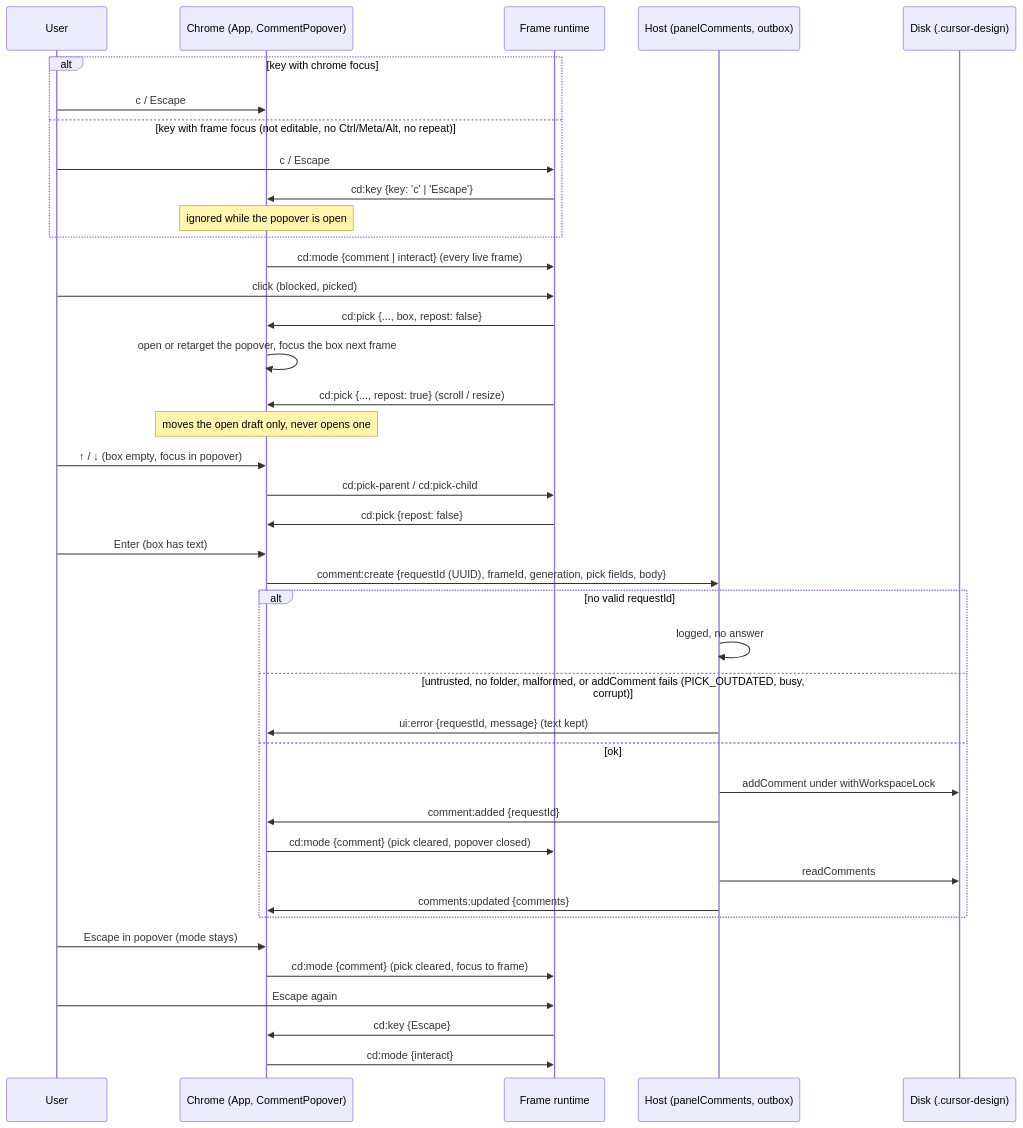
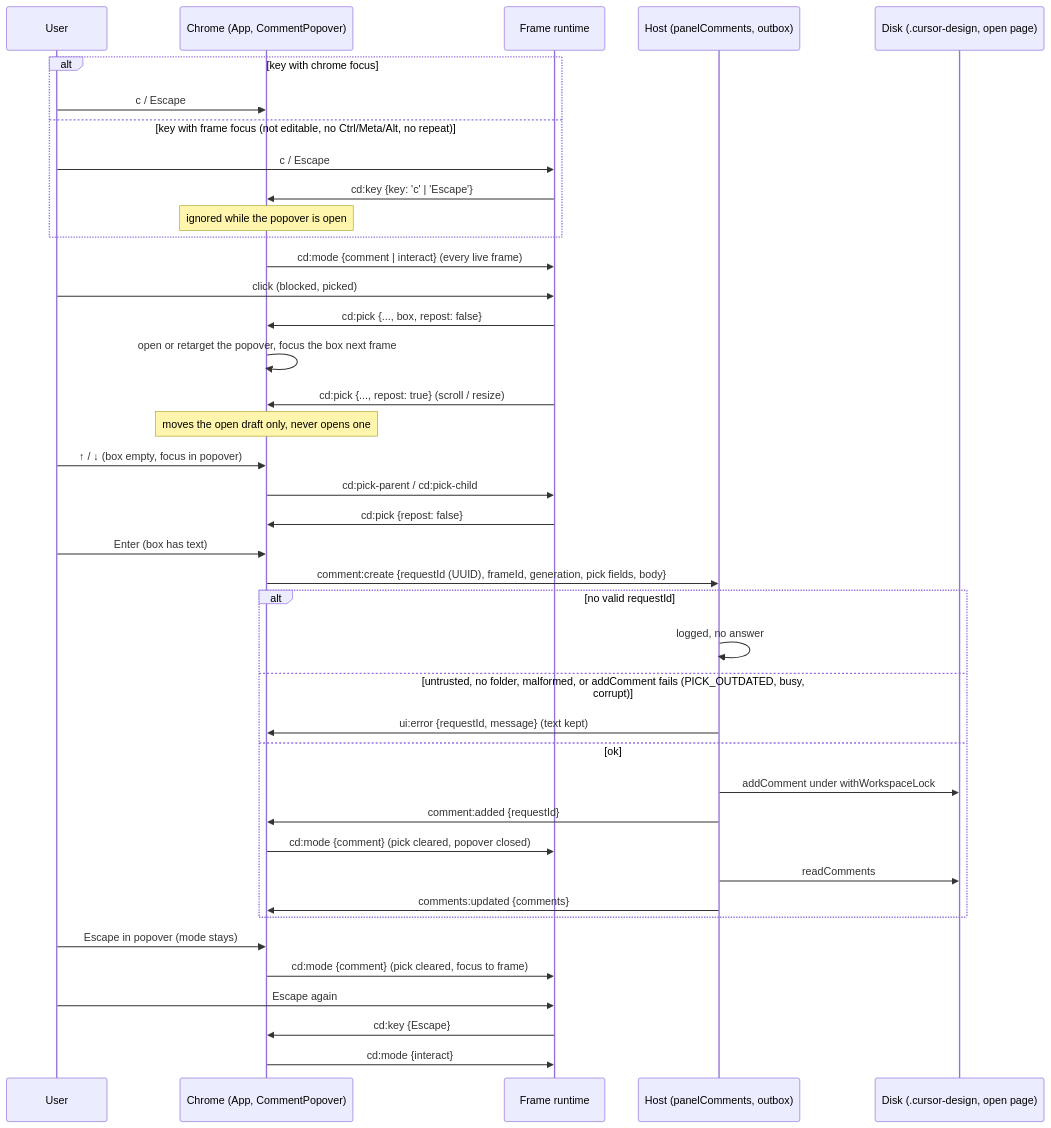
One commit to MarekBombera/cursor-design-extension changed diagram 12 of 16 in blueprint/context/system-map.md. Above: the diagram before and after it, drawn with Mermaid. The commit also changed other lines of this file and 57 other files, not shown here.

````diff
--- a/blueprint/context/system-map.md
+++ b/blueprint/context/system-map.md
@@ -553,42 +637,42 @@
 ```mermaid
 sequenceDiagram
   participant U as User
   participant C as Chrome (App, CommentPopover)
   participant F as Frame runtime
   participant H as Host (panelComments, outbox)
-  participant D as Disk (.cursor-design)
+  participant D as Disk (.cursor-design, open page)
   alt key with chrome focus
     U->>C: c / Escape
   else key with frame focus (not editable, no Ctrl/Meta/Alt, no repeat)
     U->>F: c / Escape
     F->>C: cd:key {key: 'c' | 'Escape'}
     Note over C: ignored while the popover is open
   end
   C->>F: cd:mode {comment | interact} (every live frame)
   U->>F: click (blocked, picked)
   F->>C: cd:pick {..., box, repost: false}
   C->>C: open or retarget the popover, focus the box next frame
   F->>C: cd:pick {..., repost: true} (scroll / resize)
   Note over C: moves the open draft only, never opens one
   U->>C: ↑ / ↓ (box empty, focus in popover)
   C->>F: cd:pick-parent / cd:pick-child
   F->>C: cd:pick {repost: false}
   U->>C: Enter (box has text)
   C->>H: comment:create {requestId (UUID), frameId, generation, pick fields, body}
   alt no valid requestId
     H->>H: logged, no answer
   else untrusted, no folder, malformed, or addComment fails (PICK_OUTDATED, busy, corrupt)
     H->>C: ui:error {requestId, message} (text kept)
   else ok
     H->>D: addComment under withWorkspaceLock
     H->>C: comment:added {requestId}
     C->>F: cd:mode {comment} (pick cleared, popover closed)
     H->>D: readComments
     H->>C: comments:updated {comments}
   end
   U->>C: Escape in popover (mode stays)
   C->>F: cd:mode {comment} (pick cleared, focus to frame)
   U->>F: Escape again
   F->>C: cd:key {Escape}
   C->>F: cd:mode {interact}
 ```
````
